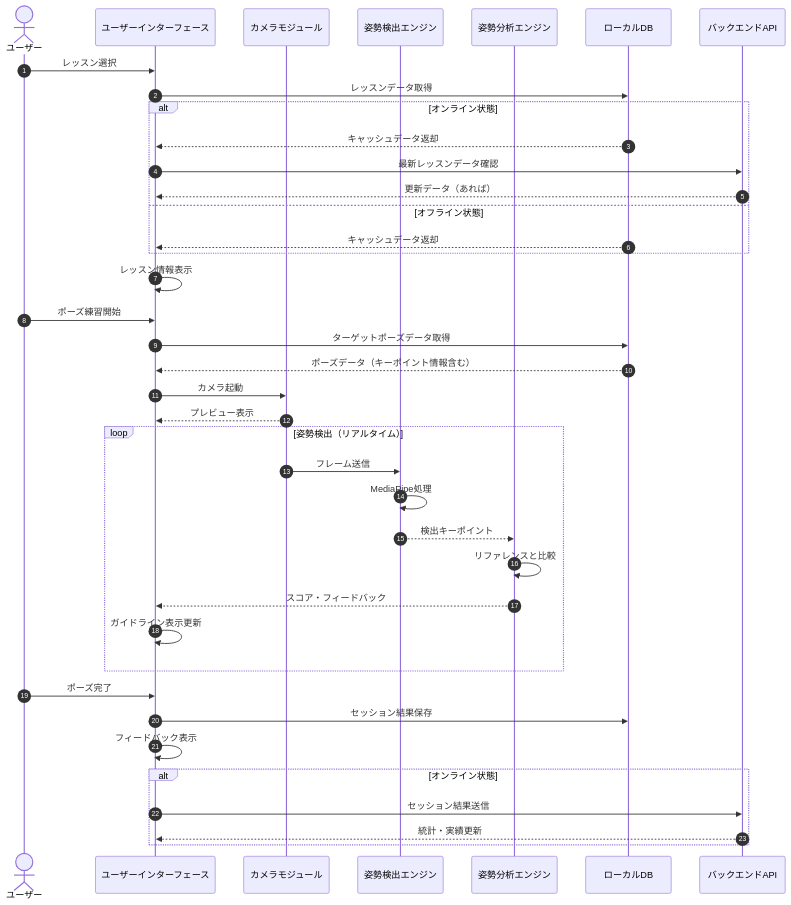
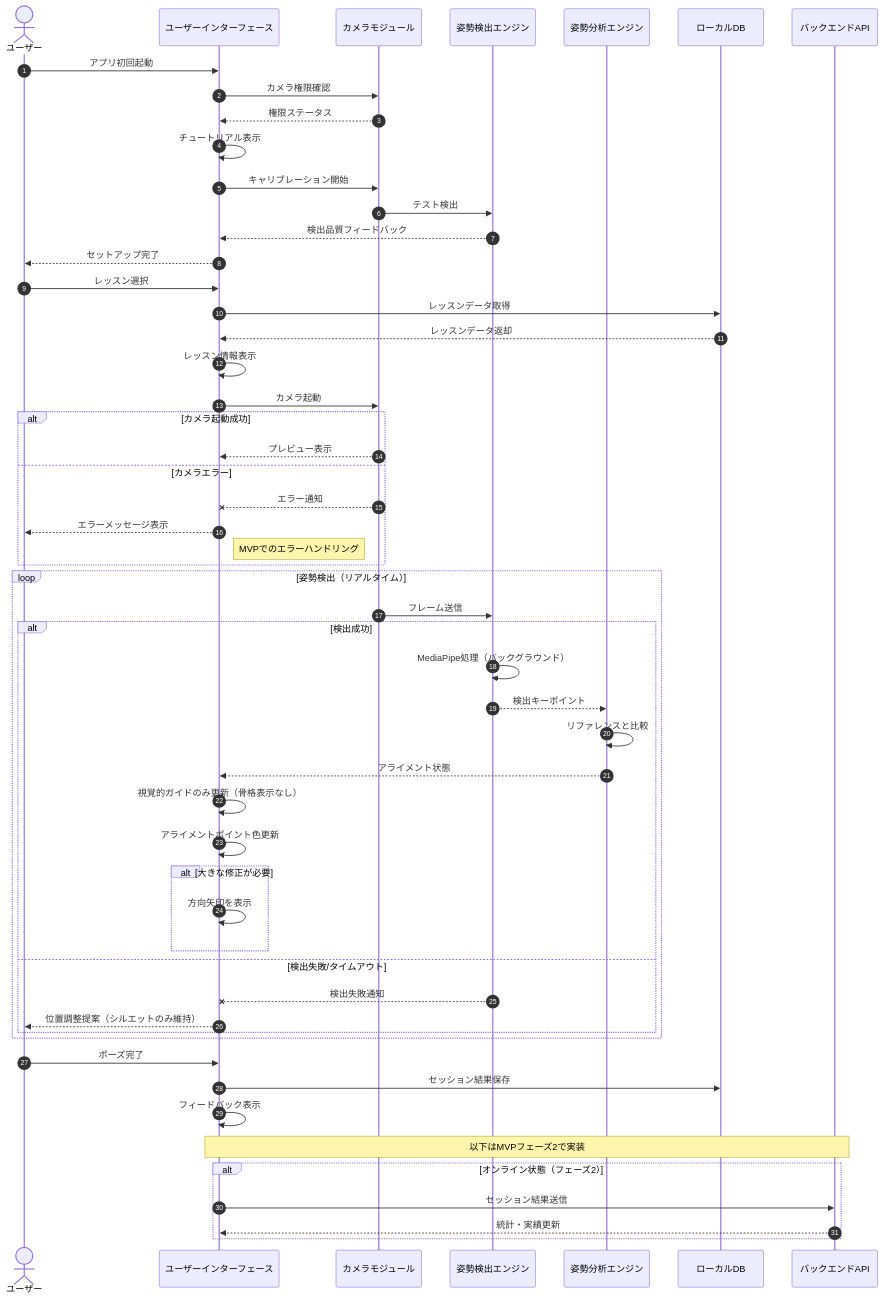
One commit to hid3x1/yoga-app-sample changed the diagram in yoga-app-sequence.mermaid. Above: the diagram before and after it, drawn with Mermaid.

```diff
--- a/yoga-app-sequence.mermaid
+++ b/yoga-app-sequence.mermaid
@@ -1,45 +1,66 @@
 sequenceDiagram
     autonumber
     actor ユーザー
     participant UI as ユーザーインターフェース
     participant Camera as カメラモジュール
     participant PoseDetector as 姿勢検出エンジン
     participant PoseAnalyzer as 姿勢分析エンジン
     participant LocalDB as ローカルDB
     participant API as バックエンドAPI
     
-    %% レッスン開始シーケンス
+    %% MVPフェーズ1 - 初回起動・キャリブレーション（追加）
+    ユーザー->>UI: アプリ初回起動
+    UI->>Camera: カメラ権限確認
+    Camera-->>UI: 権限ステータス
+    UI->>UI: チュートリアル表示
+    UI->>Camera: キャリブレーション開始
+    Camera->>PoseDetector: テスト検出
+    PoseDetector-->>UI: 検出品質フィードバック
+    UI-->>ユーザー: セットアップ完了
+    
+    %% レッスン開始シーケンス - 簡素化
     ユーザー->>UI: レッスン選択
     UI->>LocalDB: レッスンデータ取得
-    alt オンライン状態
-        LocalDB-->>UI: キャッシュデータ返却
-        UI->>API: 最新レッスンデータ確認
-        API-->>UI: 更新データ（あれば）
-    else オフライン状態
-        LocalDB-->>UI: キャッシュデータ返却
-    end
+    LocalDB-->>UI: レッスンデータ返却
     UI->>UI: レッスン情報表示
     
-    %% ポーズ検出シーケンス
-    ユーザー->>UI: ポーズ練習開始
-    UI->>LocalDB: ターゲットポーズデータ取得
-    LocalDB-->>UI: ポーズデータ（キーポイント情報含む）
+    %% エラーケースの追加
     UI->>Camera: カメラ起動
-    Camera-->>UI: プレビュー表示
+    alt カメラ起動成功
+        Camera-->>UI: プレビュー表示
+    else カメラエラー
+        Camera--xUI: エラー通知
+        UI-->>ユーザー: エラーメッセージ表示
+        note right of UI: MVPでのエラーハンドリング
+    end
+    
+    %% ポーズ検出シーケンス - タイムアウト追加
     loop 姿勢検出（リアルタイム）
         Camera->>PoseDetector: フレーム送信
-        PoseDetector->>PoseDetector: MediaPipe処理
-        PoseDetector-->>PoseAnalyzer: 検出キーポイント
-        PoseAnalyzer->>PoseAnalyzer: リファレンスと比較
-        PoseAnalyzer-->>UI: スコア・フィードバック
-        UI->>UI: ガイドライン表示更新
+        alt 検出成功
+            PoseDetector->>PoseDetector: MediaPipe処理（バックグラウンド）
+            PoseDetector-->>PoseAnalyzer: 検出キーポイント
+            PoseAnalyzer->>PoseAnalyzer: リファレンスと比較
+            PoseAnalyzer-->>UI: アライメント状態
+            UI->>UI: 視覚的ガイドのみ更新（骨格表示なし）
+            UI->>UI: アライメントポイント色更新
+            alt 大きな修正が必要
+                UI->>UI: 方向矢印を表示
+            end
+        else 検出失敗/タイムアウト
+            PoseDetector--xUI: 検出失敗通知
+            UI-->>ユーザー: 位置調整提案（シルエットのみ維持）
+        end
     end
     
-    %% セッション完了シーケンス
+    %% セッション完了シーケンス - シンプル化
     ユーザー->>UI: ポーズ完了
     UI->>LocalDB: セッション結果保存
     UI->>UI: フィードバック表示
-    alt オンライン状態
+    
+    %% MVPフェーズ2で実装
+    note over UI,API: 以下はMVPフェーズ2で実装
+    alt オンライン状態（フェーズ2）
         UI->>API: セッション結果送信
         API-->>UI: 統計・実績更新
     end
```
